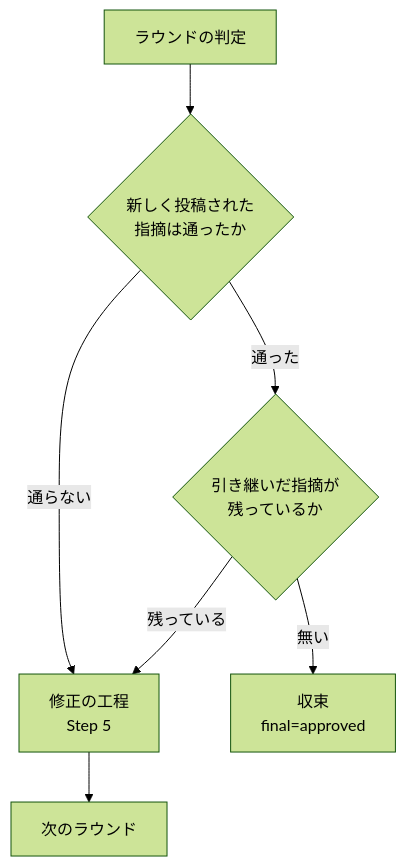
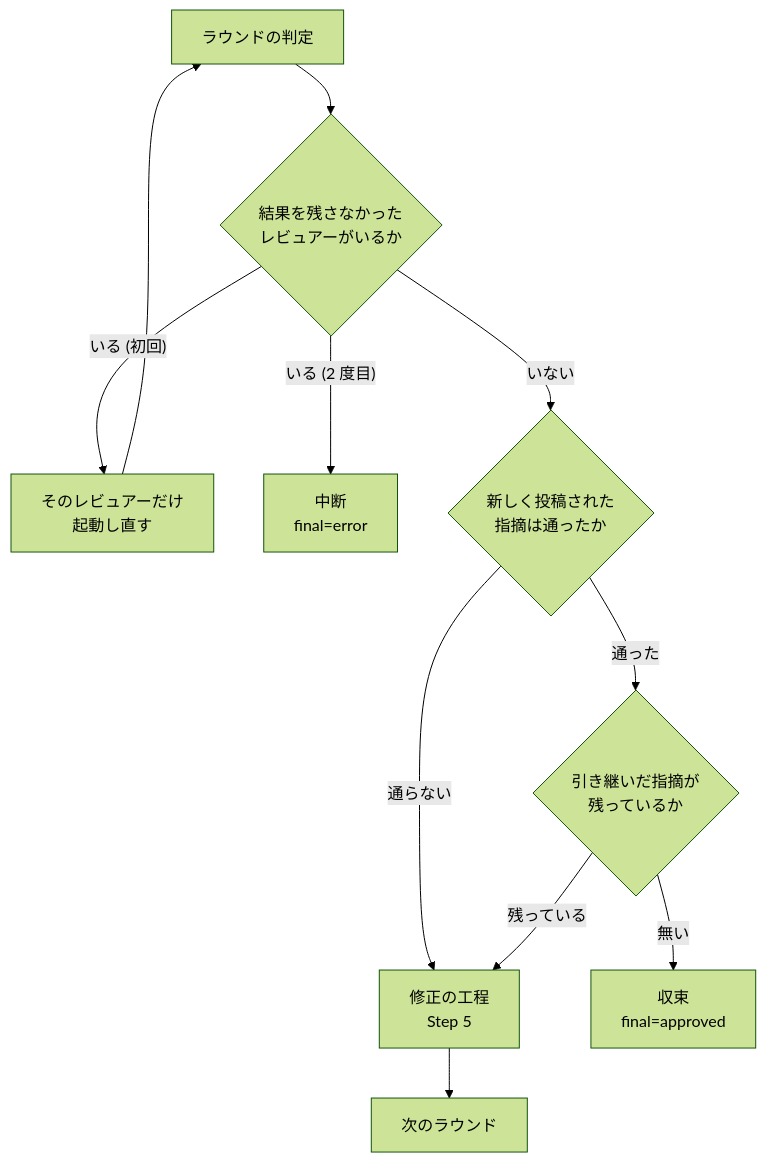
The diagram in plugins/ndf/skills/cross-review/docs/01-state-and-review.md (devbasex/ai-plugins), drawn with Mermaid (forest theme) before and after one commit. The commit also changed other lines of this file and 4 other files, not shown here.

````diff
--- a/plugins/ndf/skills/cross-review/docs/01-state-and-review.md
+++ b/plugins/ndf/skills/cross-review/docs/01-state-and-review.md
@@ -339,9 +385,13 @@
 ```mermaid
 graph TD
-    A[ラウンドの判定] --> B{新しく投稿された<br/>指摘は通ったか}
+    A[ラウンドの判定] --> G{結果を残さなかった<br/>レビュアーがいるか}
+    G -->|"いる (初回)"| R[そのレビュアーだけ<br/>起動し直す]
+    G -->|"いる (2 度目)"| X[中断<br/>final=error]
+    R --> A
+    G -->|いない| B{新しく投稿された<br/>指摘は通ったか}
     B -->|通らない| E[修正の工程<br/>Step 5]
     B -->|通った| C{引き継いだ指摘が<br/>残っているか}
     C -->|残っている| E
     C -->|無い| D[収束<br/>final=approved]
     E --> F[次のラウンド]
 ```
````
